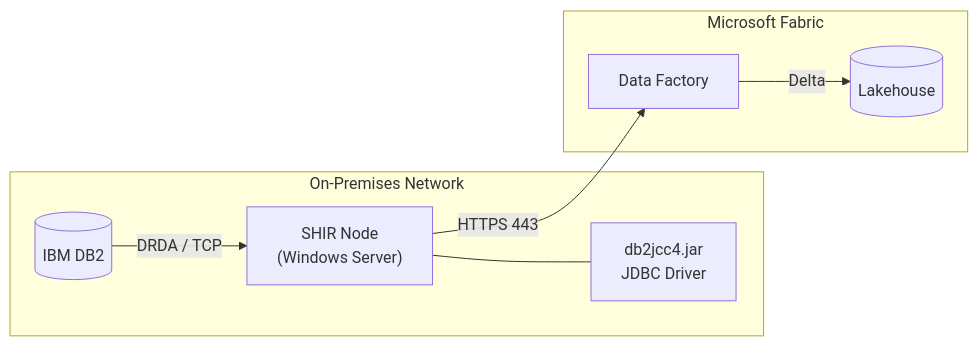
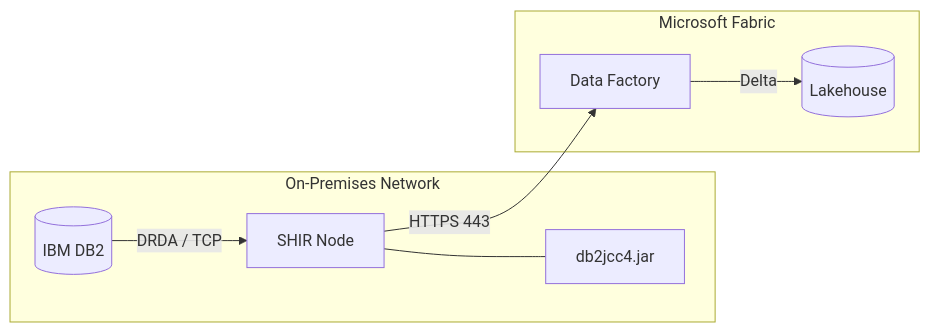
One commit to fgarofalo56/Supercharge_Microsoft_Fabric changed the third of 8 diagrams in tutorials/25-ibm-db2-source/README.md. Above: the diagram before and after it, drawn with Mermaid. The commit also changed other lines of this file and 3 other files, not shown here.

````diff
--- a/tutorials/25-ibm-db2-source/README.md
+++ b/tutorials/25-ibm-db2-source/README.md
@@ -355,18 +254,16 @@
 ```mermaid
 flowchart LR
     subgraph OnPrem["On-Premises Network"]
         DB2[(IBM DB2)]
-        SHIR["SHIR Node<br/>(Windows Server)"]
-        JDBC_DRV["db2jcc4.jar<br/>JDBC Driver"]
+        SHIR2["SHIR Node"]
+        JDBC_DRV["db2jcc4.jar"]
     end
-
     subgraph Cloud["Microsoft Fabric"]
-        ADF["Data Factory"]
-        LH[(Lakehouse)]
+        ADF2["Data Factory"]
+        LH2[(Lakehouse)]
     end
-
-    DB2 -->|DRDA / TCP| SHIR
-    SHIR --- JDBC_DRV
-    SHIR -->|HTTPS 443| ADF
-    ADF -->|Delta| LH
+    DB2 -->|DRDA / TCP| SHIR2
+    SHIR2 --- JDBC_DRV
+    SHIR2 -->|HTTPS 443| ADF2
+    ADF2 -->|Delta| LH2
 ```
````
